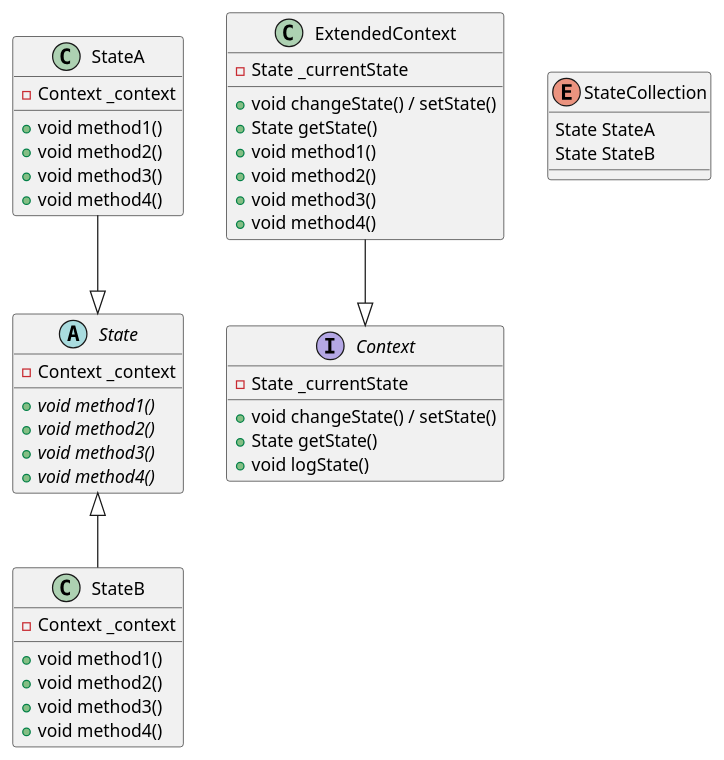
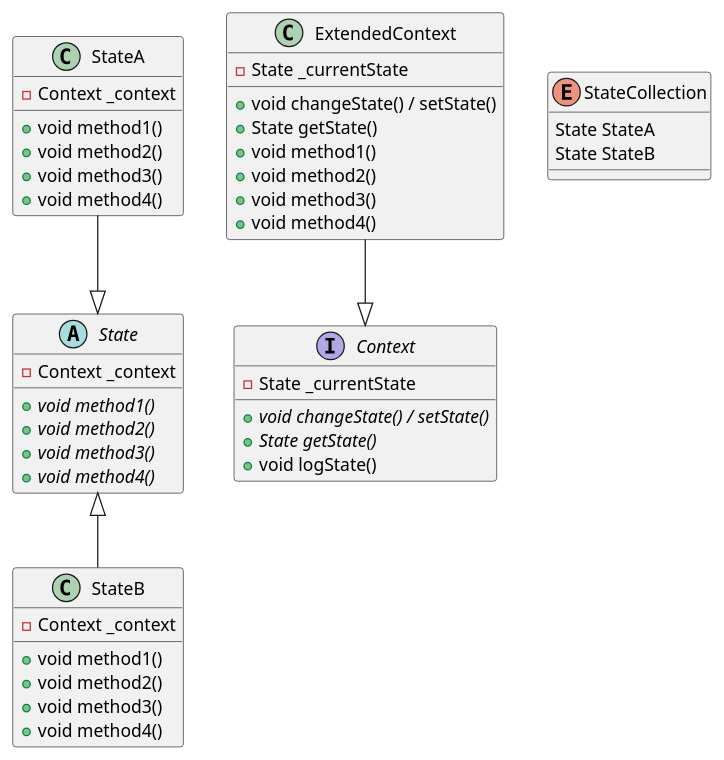
The diagram in design.puml (ash54xiang/state_management_java), drawn with PlantUML before and after one commit. The commit also changed 7 other files, not shown here.

```diff
--- a/design.puml
+++ b/design.puml
@@ -1,54 +1,54 @@
 @startuml State Management Design
 
 StateA --|> State
 State <|-- StateB
 ExtendedContext --|> Context
 
 interface Context {
     -State _currentState
-    +void changeState() / setState()
-    +State getState()
+    +void {abstract} changeState() / setState()
+    +State {abstract} getState()
     +void logState()
 }
 
 class ExtendedContext {
     -State _currentState
     +void changeState() / setState()
     +State getState()
     +void method1()
     +void method2()
     +void method3()
     +void method4()
 }
 
 
 abstract class State {
     -Context _context
     +void {abstract} method1()
     +void {abstract} method2()
     +void {abstract} method3()
     +void {abstract} method4()
 }
 
 class StateA {
     -Context _context
     +void method1()
     +void method2()
     +void method3()
     +void method4()
 }
 
 class StateB {
     -Context _context
     +void method1()
     +void method2()
     +void method3()
     +void method4()
 }
 
 enum StateCollection {
     State StateA
     State StateB
 }
 
 @enduml
```
